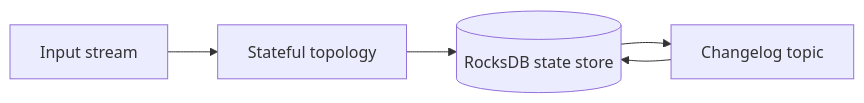
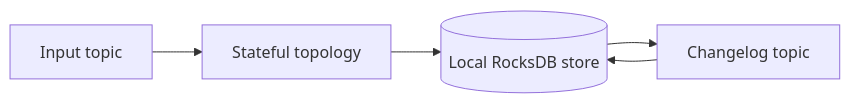
The diagram in _posts/2026-06-09-kafka-streams-stateful-processing-rocksdb-part-1.md (sandeepbhardwaj/sandeepbhardwaj.github.io), drawn with Mermaid before and after one commit. The commit also changed other lines of this file and 113 other files, not shown here.

````diff
--- a/_posts/2026-06-09-kafka-streams-stateful-processing-rocksdb-part-1.md
+++ b/_posts/2026-06-09-kafka-streams-stateful-processing-rocksdb-part-1.md
@@ -126,7 +39,7 @@
-        ```mermaid
+```mermaid
 flowchart LR
-    A[Input stream] --> B[Stateful topology]
-    B --> C[(RocksDB state store)]
+    A[Input topic] --> B[Stateful topology]
+    B --> C[(Local RocksDB store)]
     C --> D[Changelog topic]
     D --> C
 ```
````
